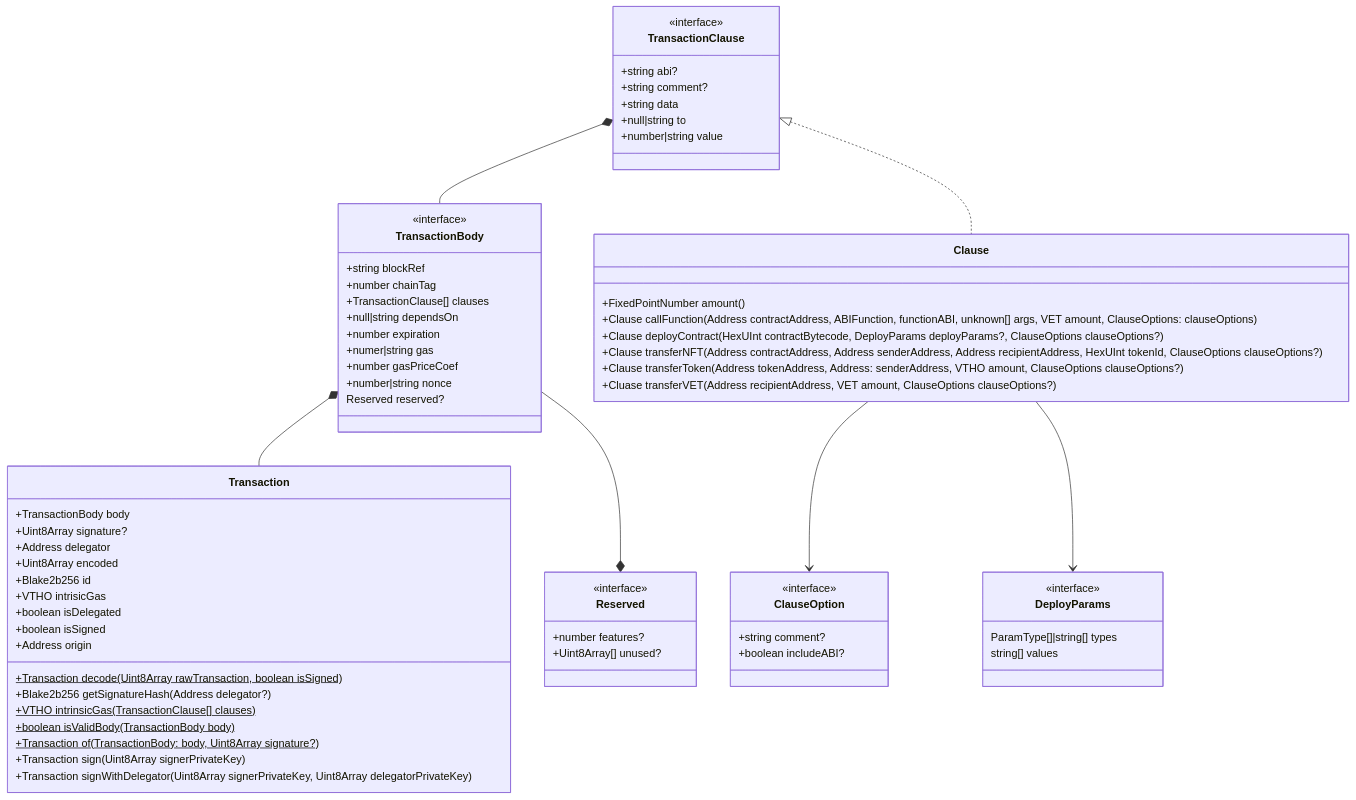
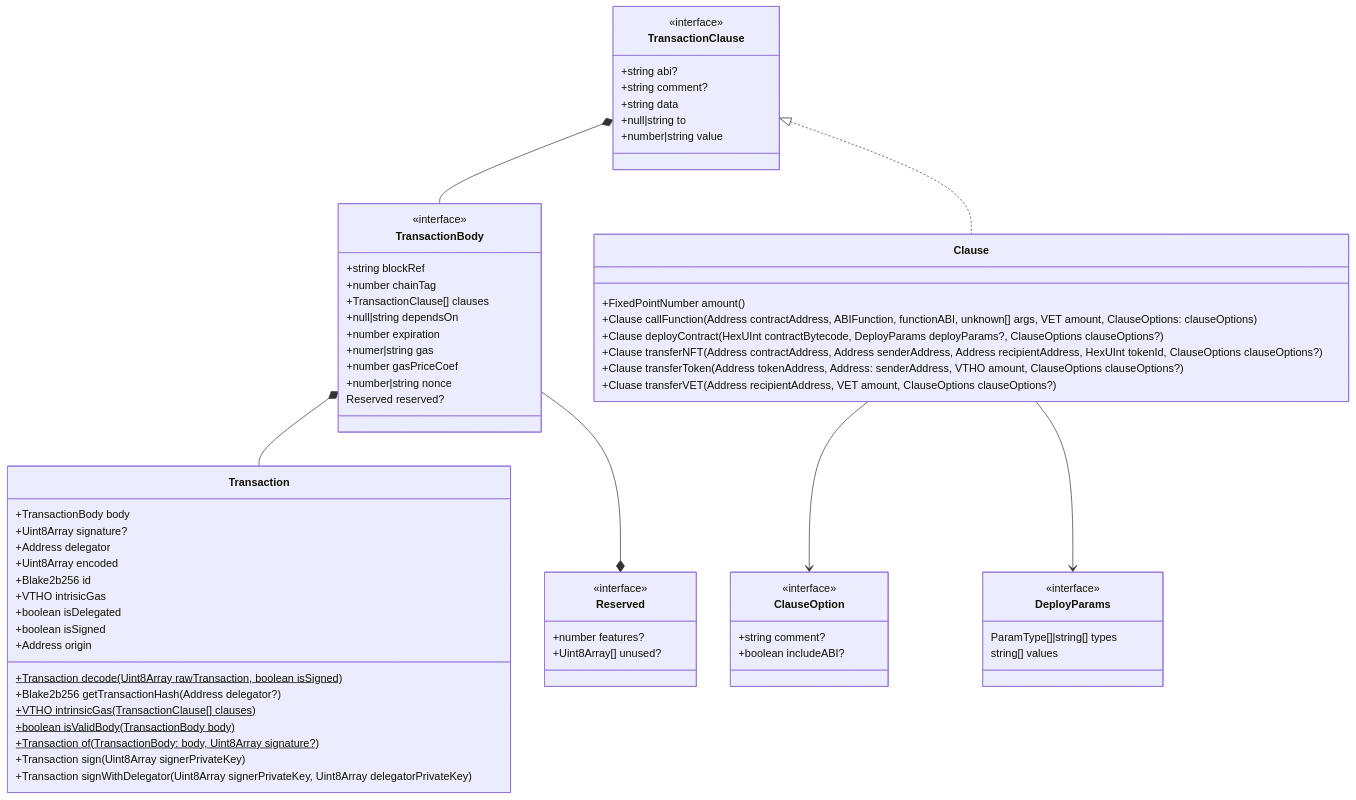
One commit to vechain/vechain-sdk-js changed the diagram in docs/diagrams/architecture/transaction.md. Above: the diagram before and after it, drawn with Mermaid. The commit also changed 3 other files, not shown here.

````diff
--- a/docs/diagrams/architecture/transaction.md
+++ b/docs/diagrams/architecture/transaction.md
@@ -1,70 +1,70 @@
 ```mermaid
 classDiagram
     class Clause {
         +FixedPointNumber amount()
         +Clause callFunction(Address contractAddress, ABIFunction, functionABI, unknown[] args, VET amount, ClauseOptions: clauseOptions)
         +Clause deployContract(HexUInt contractBytecode, DeployParams deployParams?, ClauseOptions clauseOptions?)
         +Clause transferNFT(Address contractAddress, Address senderAddress, Address recipientAddress, HexUInt tokenId, ClauseOptions clauseOptions?)
         +Clause transferToken(Address tokenAddress, Address: senderAddress, VTHO amount, ClauseOptions clauseOptions?)
         +Cluase transferVET(Address recipientAddress, VET amount, ClauseOptions clauseOptions?)
     }
     class ClauseOption{
         <<interface>>
         +string comment?
         +boolean includeABI?
     }
     class DeployParams {
         <<interface>>
         ParamType[]|string[] types
         string[] values
     }
     class Reserved {
         <<interface>>
         +number features?
         +Uint8Array[] unused?
     }
     class Transaction {
         +TransactionBody body
         +Uint8Array signature?
         +Address delegator
         +Uint8Array encoded
         +Blake2b256 id
         +VTHO intrisicGas
         +boolean isDelegated
         +boolean isSigned
         +Address origin
         +Transaction decode(Uint8Array rawTransaction, boolean isSigned)$
-        +Blake2b256 getSignatureHash(Address delegator?)
+        +Blake2b256 getTransactionHash(Address delegator?)
         +VTHO intrinsicGas(TransactionClause[] clauses)$
         +boolean isValidBody(TransactionBody body)$
         +Transaction of(TransactionBody: body, Uint8Array signature?)$
         +Transaction sign(Uint8Array signerPrivateKey)
         +Transaction signWithDelegator(Uint8Array signerPrivateKey, Uint8Array delegatorPrivateKey)
     }
     class TransactionBody {
         <<interface>>
         +string blockRef
         +number chainTag
         +TransactionClause[] clauses
         +null|string dependsOn
         +number expiration
         +numer|string gas
         +number gasPriceCoef
         +number|string nonce
         Reserved reserved?
     }
     class TransactionClause {
         <<interface>>
         +string abi?
         +string comment?
         +string data
         +null|string to
         +number|string value
     }
     Clause --> ClauseOption
     Clause --> DeployParams
     TransactionBody *-- Transaction
     TransactionBody --* Reserved
     TransactionClause *-- TransactionBody
     TransactionClause <|.. Clause
 ```
````
